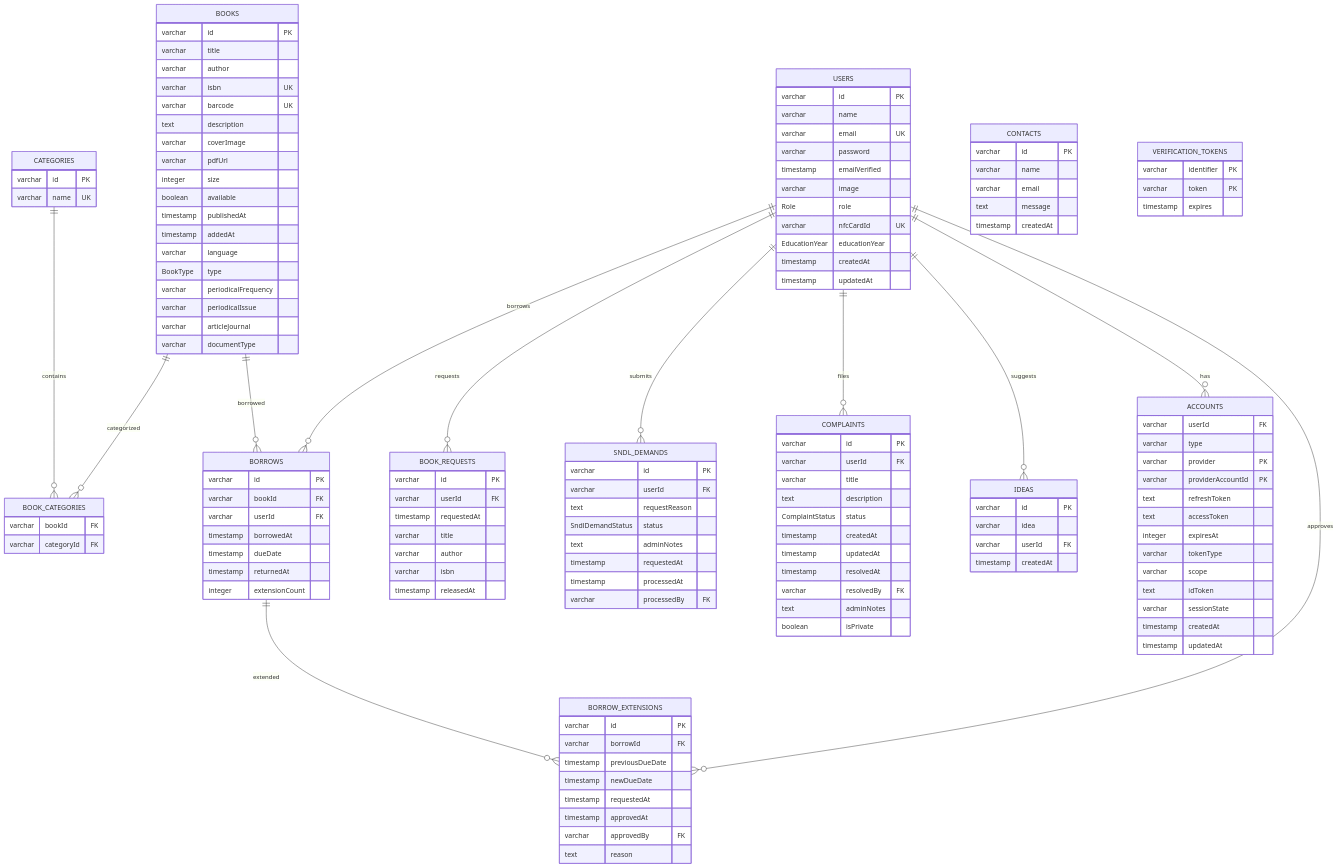
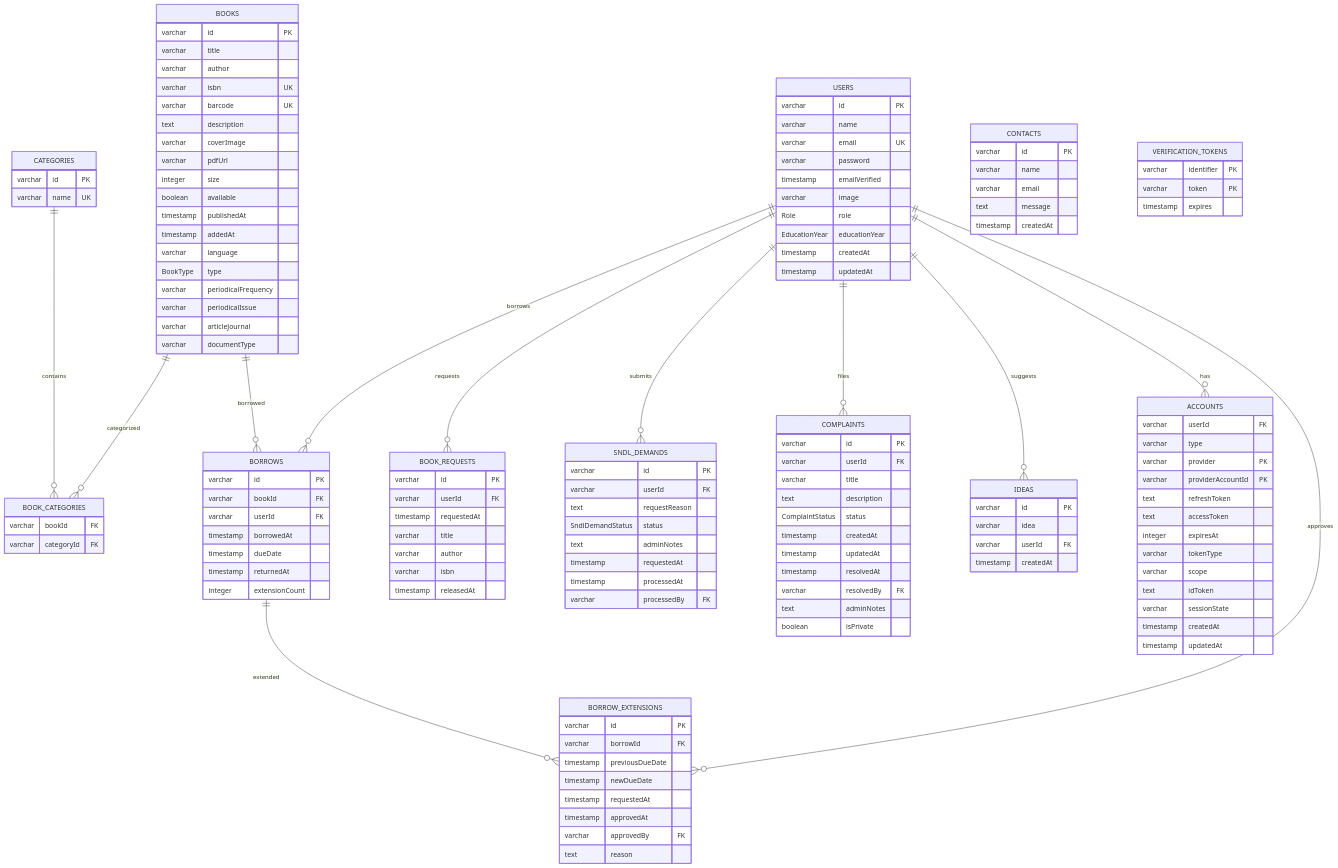
Before and after one commit to H3xKatana/EstinBib-new: the first of 10 diagrams in README.md, drawn with Mermaid. The commit also changed other lines of this file, not shown here.

```diff
--- a/README.md
+++ b/README.md
@@ -12,7 +12,6 @@
         timestamp emailVerified
         varchar image
         Role role
-        varchar nfcCardId UK
         EducationYear educationYear
         timestamp createdAt
         timestamp updatedAt
```
